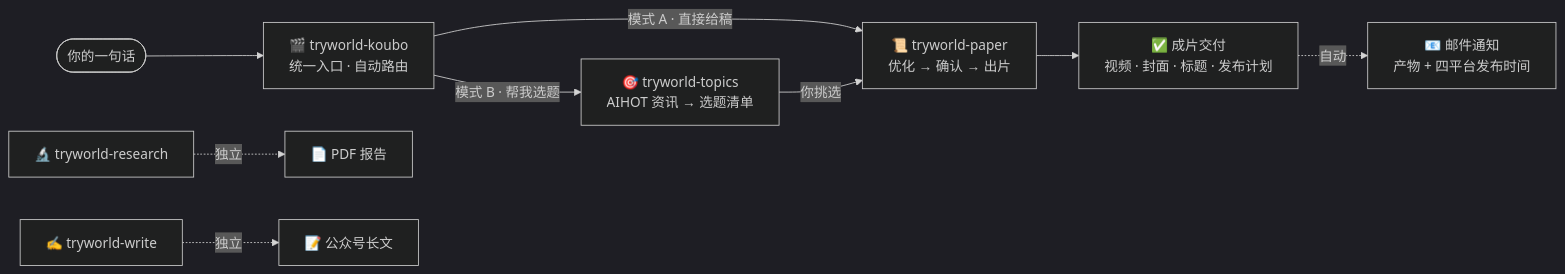
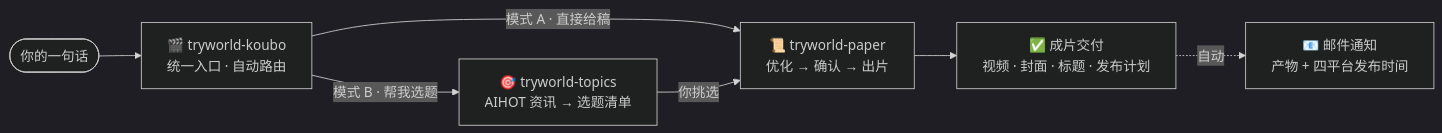
The diagram in README.zh-CN.md (TryWorld2026/paper-algorithm), drawn with Mermaid (dark theme) before and after one commit. The commit also changed other lines of this file and 7 other files, not shown here.

First line of the commit message:
裁剪仓库：仅保留 koubo/paper/topics 三个技能，移除 research 与 write

````diff
--- a/README.zh-CN.md
+++ b/README.zh-CN.md
@@ -97,11 +80,9 @@
 ```mermaid
 flowchart LR
     U(["你的一句话"]) --> P["🎬 tryworld-koubo<br/>统一入口 · 自动路由"]
     P -- "模式 A · 直接给稿" --> A["📜 tryworld-paper<br/>优化 → 确认 → 出片"]
     P -- "模式 B · 帮我选题" --> S["🎯 tryworld-topics<br/>AIHOT 资讯 → 选题清单"]
     S -- "你挑选" --> A
     A --> O["✅ 成片交付<br/>视频 · 封面 · 标题 · 发布计划"]
     O -. "自动" .-> M["📧 邮件通知<br/>产物 + 四平台发布时间"]
-    H["🔬 tryworld-research"] -. "独立" .-> R["📄 PDF 报告"]
-    W["✍️ tryworld-write"] -. "独立" .-> C["📝 公众号长文"]
 ```
````
